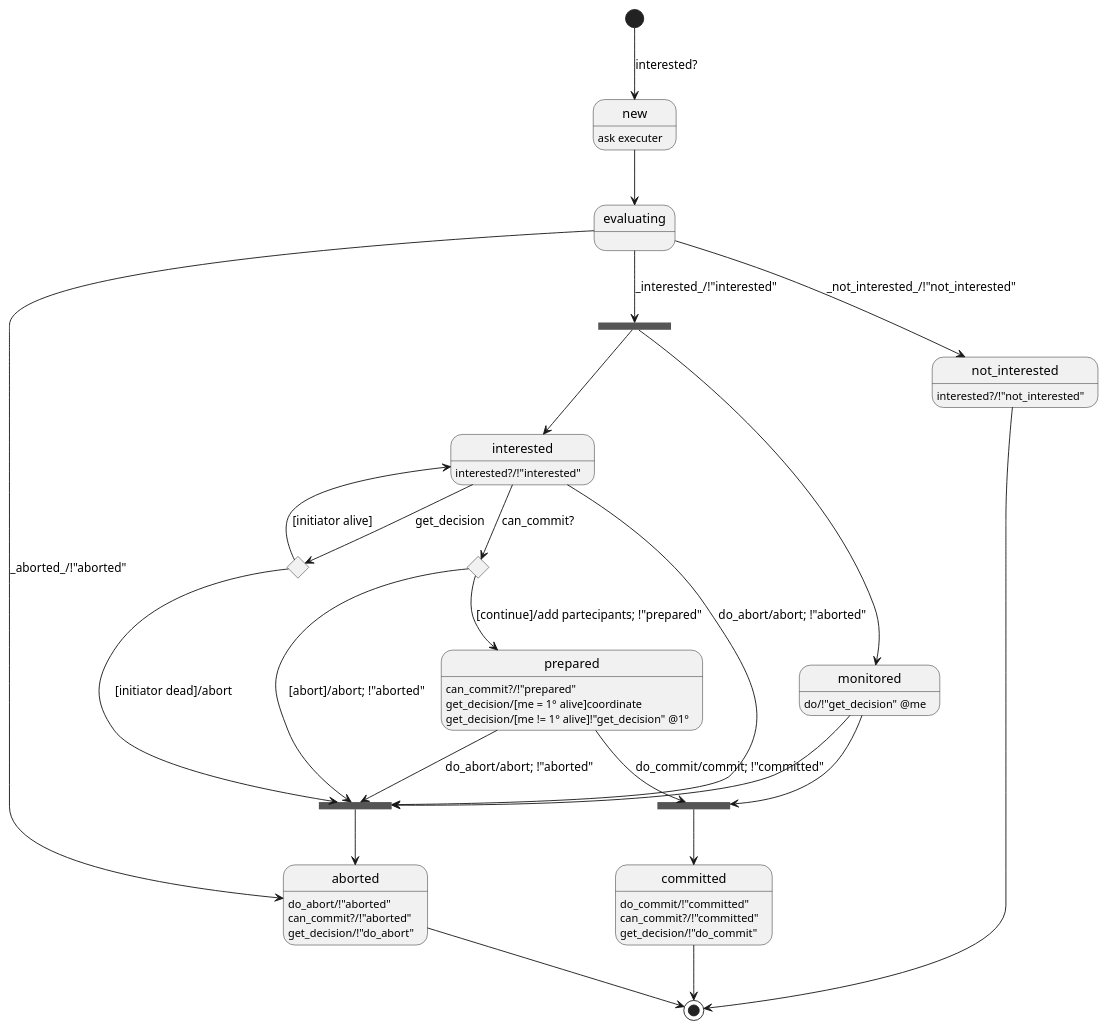
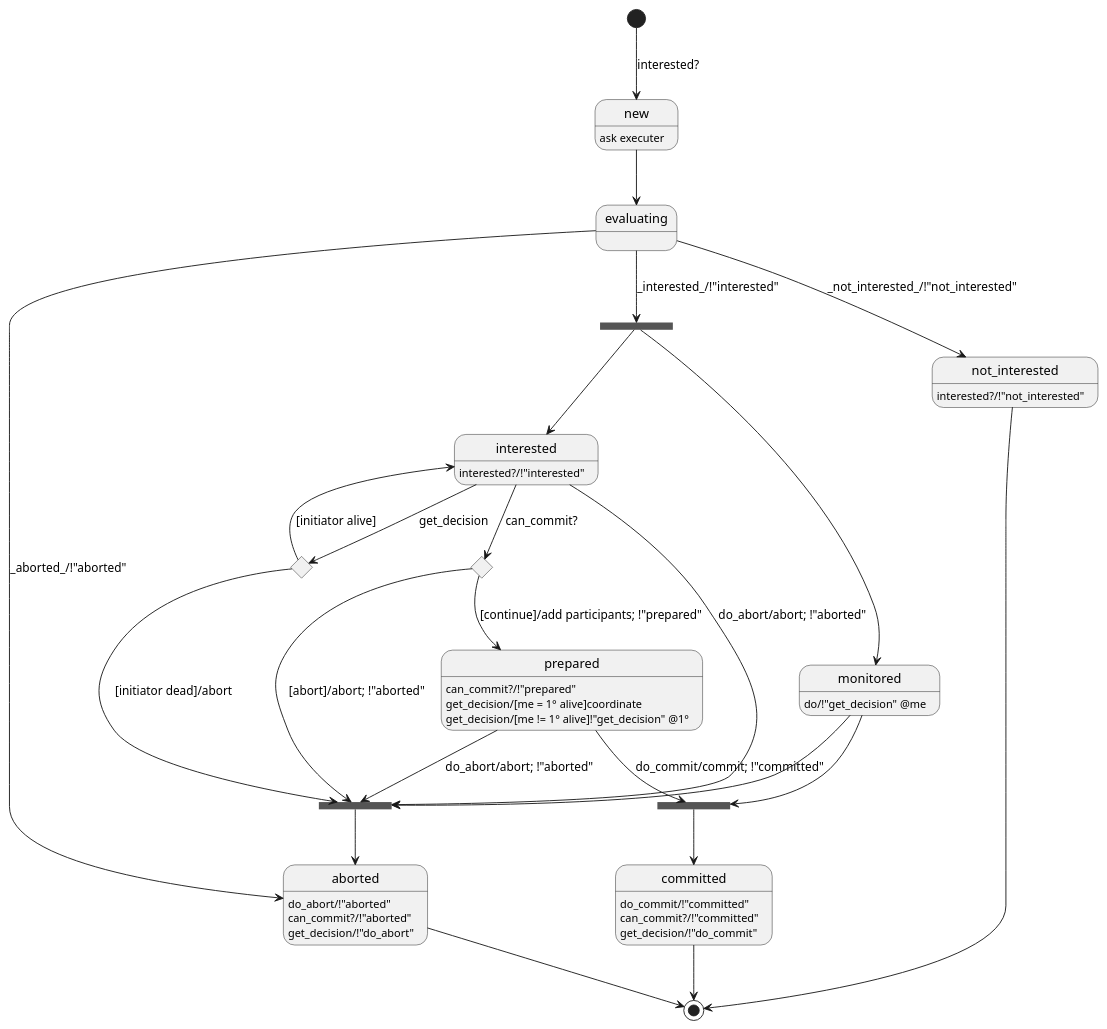
Before and after one commit to abu-lang/goabu: the diagram in docs/transaction_statechart.puml, drawn with PlantUML. The commit also changed 10 other files, not shown here.

```diff
--- a/docs/transaction_statechart.puml
+++ b/docs/transaction_statechart.puml
@@ -1,57 +1,57 @@
 @startuml
 
 [*] --> new : interested?
 new : ask executer
 new --> evaluating
 
 evaluating --> aborted : _aborted_/!"aborted"
 aborted : do_abort/!"aborted"
 aborted : can_commit?/!"aborted"
 aborted : get_decision/!"do_abort"
 aborted --> [*]
 
 evaluating --> not_interested : _not_interested_/!"not_interested"
 not_interested : interested?/!"not_interested"
 not_interested --> [*]
 
 state par_start <<fork>>
 evaluating --> par_start : _interested_/!"interested"
 
 par_start --> interested
 interested : interested?/!"interested"
 
 state par_abort <<fork>>
 interested --> par_abort : do_abort/abort; !"aborted"
 
 state choice_get_decision <<choice>>
 interested --> choice_get_decision : get_decision
 choice_get_decision --> interested : [initiator alive]
 choice_get_decision --> par_abort : [initiator dead]/abort
 
 state choice_can_commit <<choice>>
 interested --> choice_can_commit : can_commit?
 choice_can_commit --> par_abort : [abort]/abort; !"aborted"
 
-choice_can_commit --> prepared : [continue]/add partecipants; !"prepared"
+choice_can_commit --> prepared : [continue]/add participants; !"prepared"
 prepared : can_commit?/!"prepared"
 prepared : get_decision/[me = 1° alive]coordinate
 prepared : get_decision/[me != 1° alive]!"get_decision" @1°
 prepared --> par_abort : do_abort/abort; !"aborted"
 
 state par_commit <<fork>>
 prepared --> par_commit : do_commit/commit; !"committed"
 
 par_abort --> aborted
 
 par_commit --> committed
 committed : do_commit/!"committed"
 committed : can_commit?/!"committed"
 committed : get_decision/!"do_commit"
 committed --> [*]
 
 par_start --> monitored
 monitored : do/!"get_decision" @me
 monitored --> par_commit
 monitored --> par_abort
 
 @enduml
```
